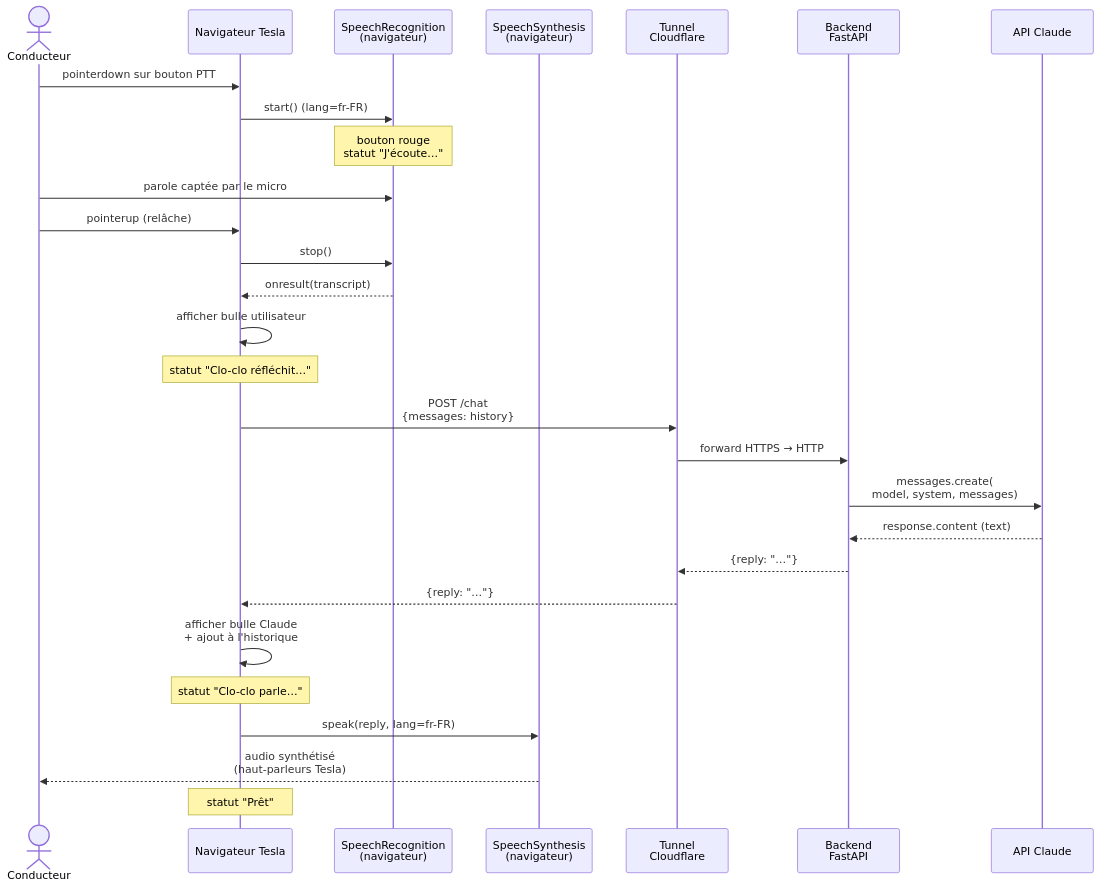
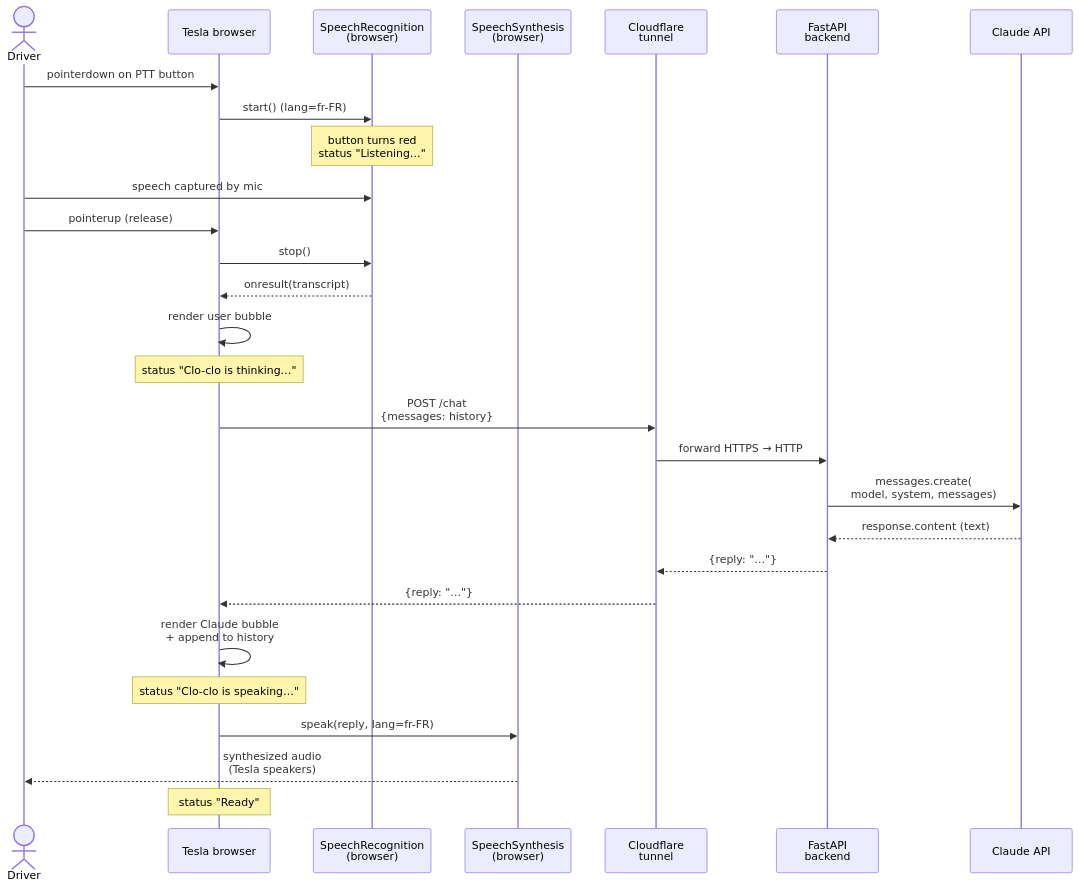
The second of 2 diagrams in docs/ARCHITECTURE.md (osadey/clo-clo-tes-la), drawn with Mermaid before and after one commit. The commit also changed other lines of this file and 1 other file, not shown here.

First line of the commit message:
docs: translate README and ARCHITECTURE to English

````diff
--- a/docs/ARCHITECTURE.md
+++ b/docs/ARCHITECTURE.md
@@ -132,31 +134,31 @@
 ```mermaid
 sequenceDiagram
-    actor U as Conducteur
-    participant T as Navigateur Tesla
-    participant SR as SpeechRecognition<br/>(navigateur)
-    participant SS as SpeechSynthesis<br/>(navigateur)
-    participant CF as Tunnel<br/>Cloudflare
-    participant BE as Backend<br/>FastAPI
-    participant CL as API Claude
+    actor U as Driver
+    participant T as Tesla browser
+    participant SR as SpeechRecognition<br/>(browser)
+    participant SS as SpeechSynthesis<br/>(browser)
+    participant CF as Cloudflare<br/>tunnel
+    participant BE as FastAPI<br/>backend
+    participant CL as Claude API
 
-    U->>T: pointerdown sur bouton PTT
+    U->>T: pointerdown on PTT button
     T->>SR: start() (lang=fr-FR)
-    Note over SR: bouton rouge<br/>statut "J'écoute…"
-    U->>SR: parole captée par le micro
-    U->>T: pointerup (relâche)
+    Note over SR: button turns red<br/>status "Listening…"
+    U->>SR: speech captured by mic
+    U->>T: pointerup (release)
     T->>SR: stop()
     SR-->>T: onresult(transcript)
-    T->>T: afficher bulle utilisateur
-    Note over T: statut "Clo-clo réfléchit…"
+    T->>T: render user bubble
+    Note over T: status "Clo-clo is thinking…"
     T->>CF: POST /chat<br/>{messages: history}
     CF->>BE: forward HTTPS → HTTP
     BE->>CL: messages.create(<br/>  model, system, messages)
     CL-->>BE: response.content (text)
     BE-->>CF: {reply: "…"}
     CF-->>T: {reply: "…"}
-    T->>T: afficher bulle Claude<br/>+ ajout à l'historique
-    Note over T: statut "Clo-clo parle…"
+    T->>T: render Claude bubble<br/>+ append to history
+    Note over T: status "Clo-clo is speaking…"
     T->>SS: speak(reply, lang=fr-FR)
-    SS-->>U: audio synthétisé<br/>(haut-parleurs Tesla)
-    Note over T: statut "Prêt"
+    SS-->>U: synthesized audio<br/>(Tesla speakers)
+    Note over T: status "Ready"
 ```
````
